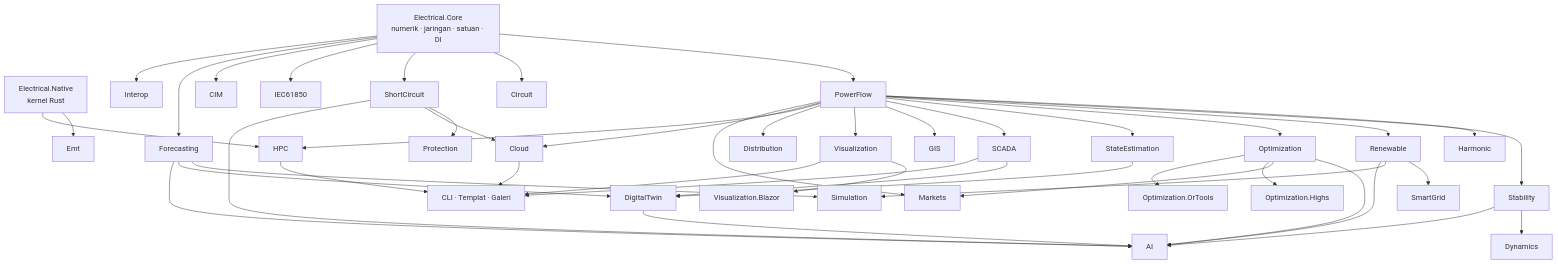
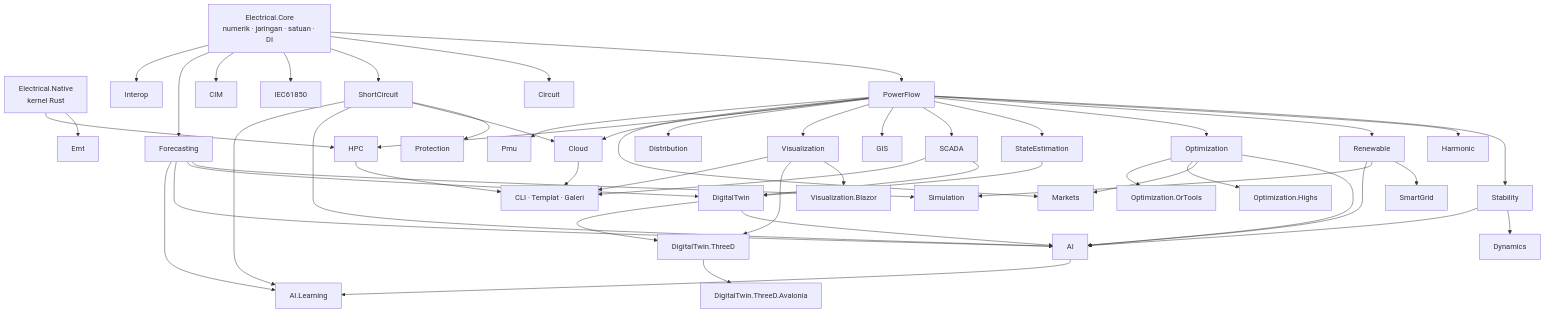
The diagram in Electrical.Net/README.id.md (DotNetVibeCoderz/Vibe_Components), drawn with Mermaid before and after one commit. The commit also changed other lines of this file and 133 other files, not shown here.

````diff
--- a/Electrical.Net/README.id.md
+++ b/Electrical.Net/README.id.md
@@ -278,33 +320,37 @@
 ```mermaid
 graph TD
     Core[Electrical.Core<br/>numerik · jaringan · satuan · DI]
     Native[Electrical.Native<br/>kernel Rust]
     PF[PowerFlow]
     Core --> PF
     Core --> Circuit & ShortCircuit & IEC61850 & CIM & Forecasting & Interop
     ShortCircuit --> Protection
     Stability --> Dynamics
     Native --> Emt
     PF --> Stability & Harmonic & Renewable & Optimization & StateEstimation & SCADA & GIS & Visualization & Distribution
     Renewable --> SmartGrid
     Renewable --> Simulation
     Forecasting --> Simulation
     Native --> HPC
     PF --> HPC
     PF --> Cloud
     ShortCircuit --> Cloud
     StateEstimation --> DigitalTwin
     SCADA --> DigitalTwin
     Forecasting --> DigitalTwin
     ShortCircuit --> AI
     Optimization --> AI
     Optimization --> Markets
     PF --> Markets
     Optimization --> Highs[Optimization.Highs] & OrTools[Optimization.OrTools]
     Forecasting --> AI
     DigitalTwin --> AI
     Stability --> AI
     Renewable --> AI
     Visualization --> VizBlazor[Visualization.Blazor]
+    PF --> Pmu
+    Forecasting & ShortCircuit & AI --> Learning[AI.Learning]
+    DigitalTwin & Visualization --> ThreeD[DigitalTwin.ThreeD]
+    ThreeD --> ThreeDAva[DigitalTwin.ThreeD.Avalonia]
     Cloud & HPC & Visualization & SCADA --> Apps[CLI · Templat · Galeri]
 ```
````
